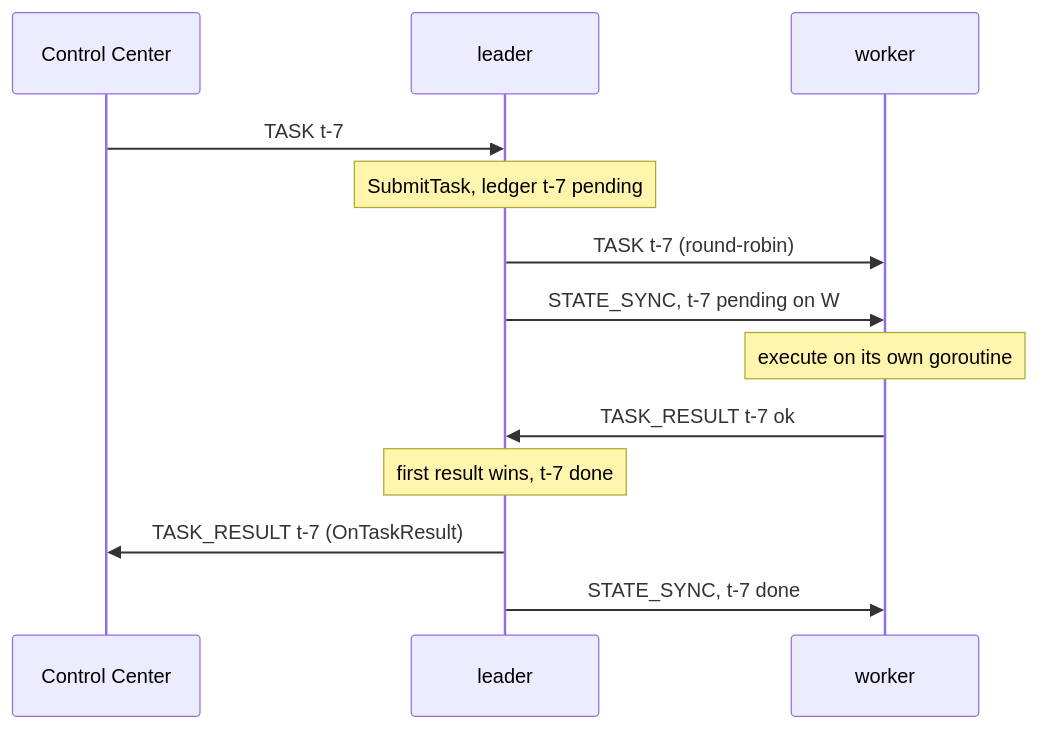
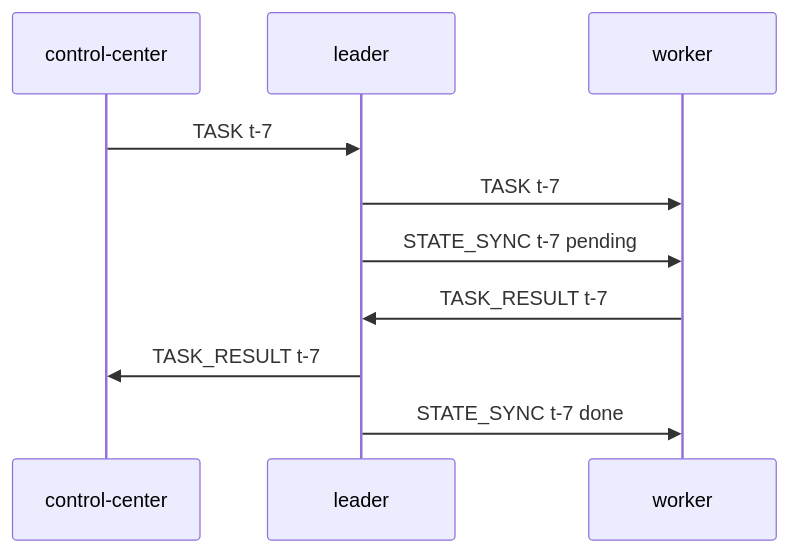
One commit to Aditya-Jyoti/swarm-communication changed the first of 5 diagrams in docs/architecture/replication-and-tasks.md. Above: the diagram before and after it, drawn with Mermaid. The commit also changed other lines of this file, not shown here.

Commit message:
docs(architecture): simplify replication and tasks

````diff
--- a/docs/architecture/replication-and-tasks.md
+++ b/docs/architecture/replication-and-tasks.md
@@ -152,15 +16,12 @@
 ```mermaid
 sequenceDiagram
-    participant CC as Control Center
+    participant CC as control-center
     participant L as leader
     participant W as worker
     CC->>L: TASK t-7
-    Note over L: SubmitTask, ledger t-7 pending
-    L->>W: TASK t-7 (round-robin)
-    L->>W: STATE_SYNC, t-7 pending on W
-    Note over W: execute on its own goroutine
-    W->>L: TASK_RESULT t-7 ok
-    Note over L: first result wins, t-7 done
-    L->>CC: TASK_RESULT t-7 (OnTaskResult)
-    L->>W: STATE_SYNC, t-7 done
+    L->>W: TASK t-7
+    L->>W: STATE_SYNC t-7 pending
+    W->>L: TASK_RESULT t-7
+    L->>CC: TASK_RESULT t-7
+    L->>W: STATE_SYNC t-7 done
 ```
````
